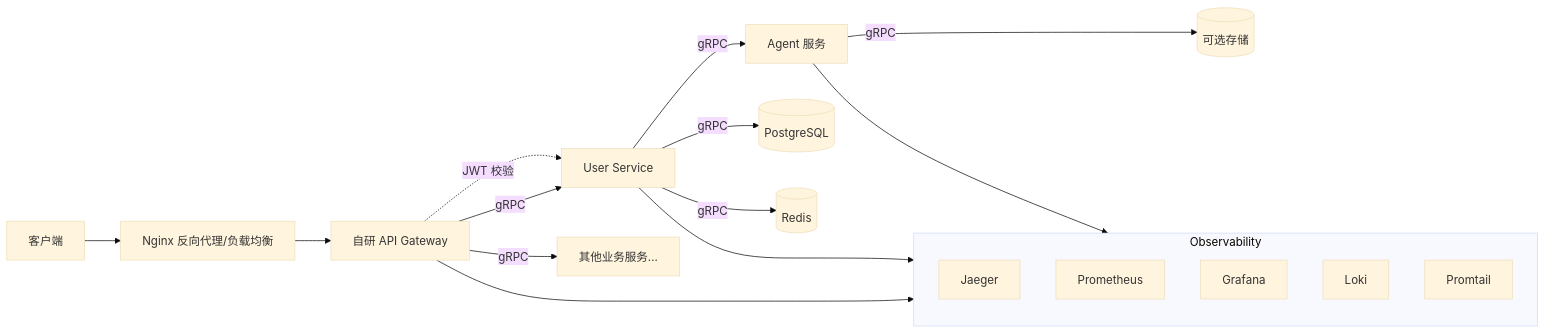
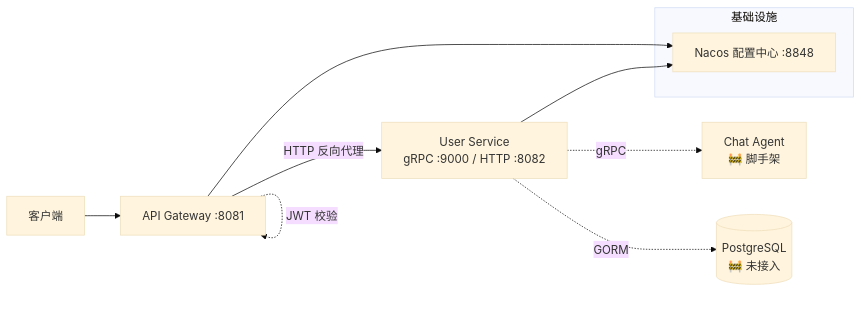
The diagram in README.md (bluenotbloo/boys-help-boys), drawn with Mermaid (base theme) before and after one commit. The commit also changed other lines of this file, not shown here.

````diff
--- a/README.md
+++ b/README.md
@@ -12,22 +12,13 @@
 ```mermaid
 graph LR
-    Client[客户端] --> Nginx[Nginx 反向代理/负载均衡]
-    Nginx --> Gateway[自研 API Gateway]
-    Gateway -->|gRPC| UserService[User Service]
-    Gateway -->|gRPC| OtherServices[其他业务服务...]
-    UserService -->|gRPC| AgentService[Agent 服务]
-    UserService -->|gRPC| DB[(PostgreSQL)]
-    UserService -->|gRPC| Redis[(Redis)]
-    AgentService -->|gRPC| AgentDB[(可选存储)]
-    Gateway -.->|JWT 校验| UserService
-    subgraph Observability
-        Jaeger[Jaeger]
-        Prometheus[Prometheus]
-        Grafana[Grafana]
-        Loki[Loki]
-        Promtail[Promtail]
+    Client[客户端] --> Gateway[API Gateway :8081]
+    Gateway -->|HTTP 反向代理| UserService[User Service<br/>gRPC :9000 / HTTP :8082]
+    UserService -.->|gRPC| AgentService[Chat Agent<br/>🚧 脚手架]
+    UserService -.->|GORM| DB[(PostgreSQL<br/>🚧 未接入)]
+    Gateway -.->|JWT 校验| Gateway
+    subgraph 基础设施
+        Nacos[Nacos 配置中心 :8848]
     end
-    Gateway --> Observability
-    UserService --> Observability
-    AgentService --> Observability
+    Gateway --> Nacos
+    UserService --> Nacos
 ```
````
